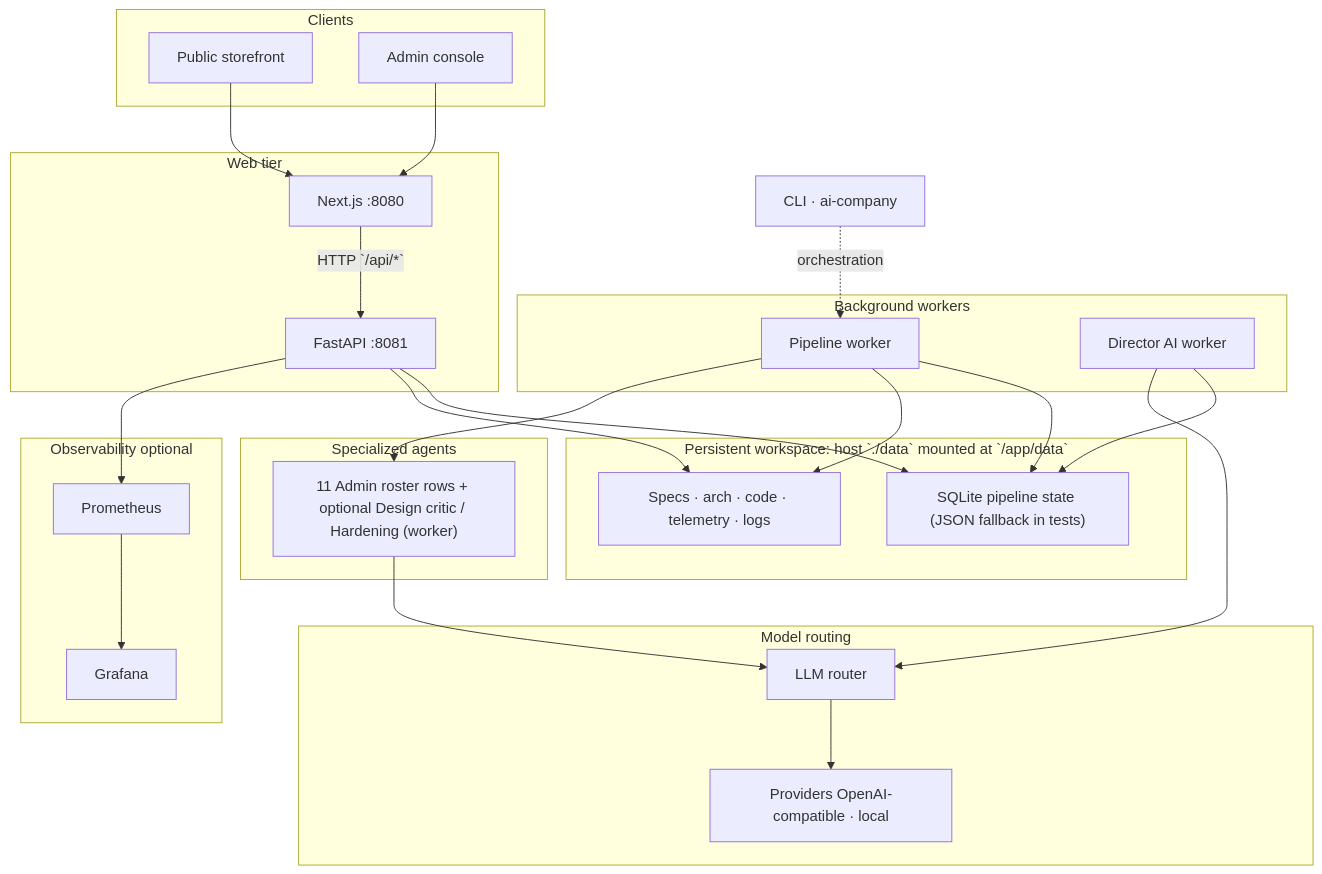
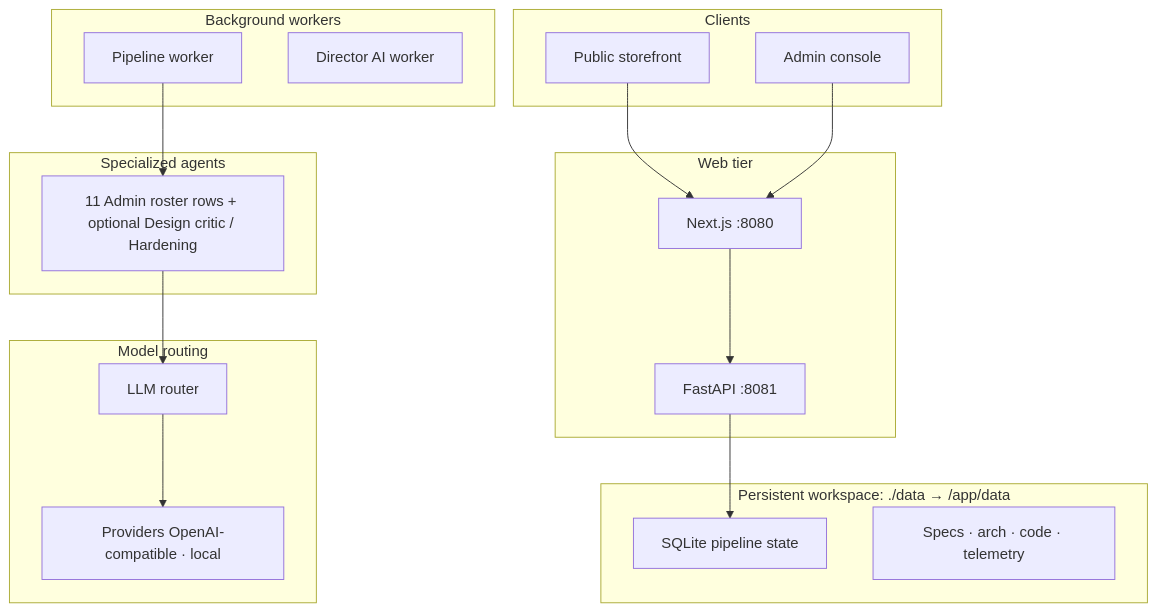
Before and after one commit to alexar76/aicom: the second of 2 diagrams in README.md, drawn with Mermaid. The commit also changed other lines of this file and 4 other files, not shown here.

````diff
--- a/README.md
+++ b/README.md
@@ -486,52 +346,39 @@
 ```mermaid
 flowchart TB
   subgraph clients["Clients"]
     U["Public storefront"]
     AD["Admin console"]
   end
 
   subgraph web["Web tier"]
     FE["Next.js :8080"]
     BE["FastAPI :8081"]
   end
 
   subgraph workers["Background workers"]
     PW["Pipeline worker"]
     DW["Director AI worker"]
   end
 
   subgraph agents["Specialized agents"]
-    AG["11 Admin roster rows + optional Design critic / Hardening (worker)"]
+    AG["11 Admin roster rows + optional Design critic / Hardening"]
   end
 
   subgraph llm["Model routing"]
     RT["LLM router"]
     PR["Providers OpenAI-compatible · local"]
   end
 
-  subgraph data["Persistent workspace: host `./data` mounted at `/app/data`"]
-    DB["SQLite pipeline state (JSON fallback in tests)"]
-    ART["Specs · arch · code · telemetry · logs"]
-  end
-
-  subgraph ops["Observability optional"]
-    PRM["Prometheus"]
-    GRA["Grafana"]
+  subgraph data["Persistent workspace: ./data → /app/data"]
+    DB["SQLite pipeline state"]
+    ART["Specs · arch · code · telemetry"]
   end
 
   U --> FE
   AD --> FE
-  FE -->|"HTTP `/api/*`"| BE
+  FE --> BE
   BE --> DB
-  BE --> ART
-  PW --> DB
-  PW --> ART
   PW --> AG
-  DW --> DB
-  DW --> RT
   AG --> RT
   RT --> PR
-  CLI["CLI · ai-company"] -.->|"orchestration"| PW
-  BE --> PRM
-  PRM --> GRA
 ```
````
